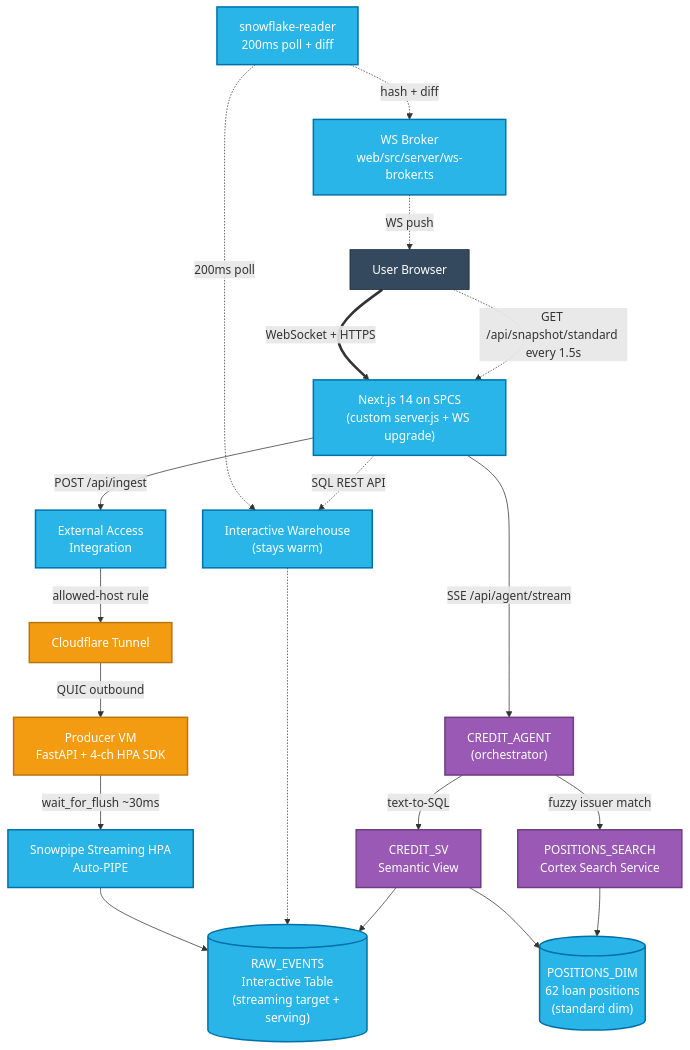
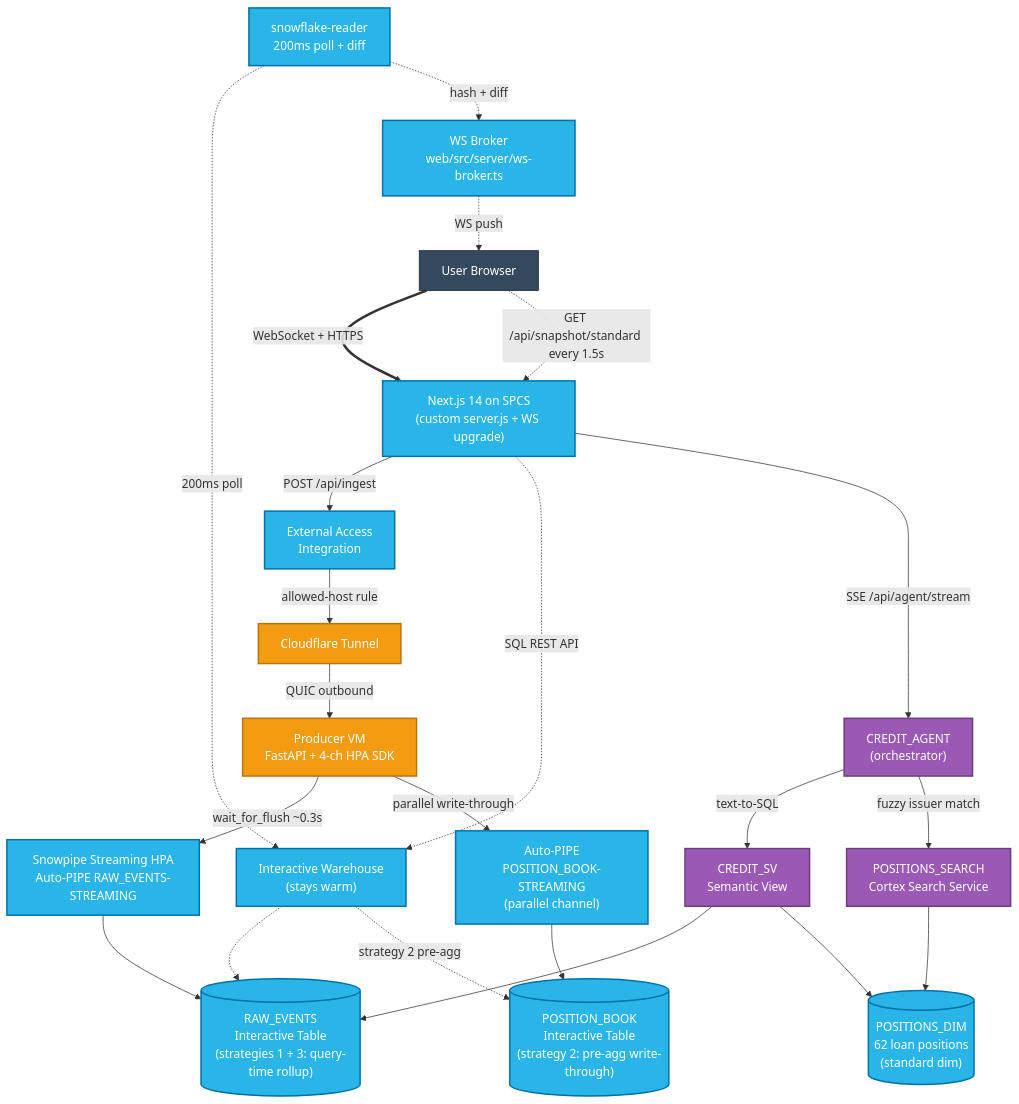
One commit to sfc-gh-jkang/sfguide-snowpipe-streaming-fast-react-dashboard changed the diagram in README.md. Above: the diagram before and after it, drawn with Mermaid. The commit also changed other lines of this file and 46 other files, not shown here.

````diff
--- a/README.md
+++ b/README.md
@@ -137,53 +162,58 @@
 ```mermaid
 flowchart TB
     Browser["User Browser"]
     UI["Next.js 14 on SPCS<br/>(custom server.js + WS upgrade)"]
     WSB["WS Broker<br/>web/src/server/ws-broker.ts"]
     READER["snowflake-reader<br/>200ms poll + diff"]
     EAI["External Access<br/>Integration"]
     CF["Cloudflare Tunnel"]
     VM["Producer VM<br/>FastAPI + 4-ch HPA SDK"]
-    PIPE["Snowpipe Streaming HPA<br/>Auto-PIPE"]
-    RAW[("RAW_EVENTS<br/>Interactive Table<br/>(streaming target + serving)")]
+    PIPE["Snowpipe Streaming HPA<br/>Auto-PIPE RAW_EVENTS-STREAMING"]
+    BPIPE["Auto-PIPE<br/>POSITION_BOOK-STREAMING<br/>(parallel channel)"]
+    RAW[("RAW_EVENTS<br/>Interactive Table<br/>(strategies 1 + 3: query-time rollup)")]
+    BOOK[("POSITION_BOOK<br/>Interactive Table<br/>(strategy 2: pre-agg write-through)")]
     POS[("POSITIONS_DIM<br/>62 loan positions<br/>(standard dim)")]
     INTWH["Interactive Warehouse<br/>(stays warm)"]
     AGENT["CREDIT_AGENT<br/>(orchestrator)"]
     SV["CREDIT_SV<br/>Semantic View"]
     SEARCH["POSITIONS_SEARCH<br/>Cortex Search Service"]
 
     Browser ==>|WebSocket + HTTPS| UI
 
     %% Click loop (optimistic + verified)
     UI -->|POST /api/ingest| EAI
     EAI -->|allowed-host rule| CF
     CF -->|QUIC outbound| VM
-    VM -->|wait_for_flush ~30ms| PIPE
+    VM -->|wait_for_flush ~0.3s| PIPE
     PIPE --> RAW
+    VM -->|parallel write-through| BPIPE
+    BPIPE --> BOOK
 
     %% Server-side reader → WS push (200ms diff)
     READER -.->|200ms poll| INTWH
     INTWH -.-> RAW
+    INTWH -.->|strategy 2 pre-agg| BOOK
     READER -.->|hash + diff| WSB
     WSB -.->|WS push| Browser
 
     %% Client-side snapshot fetch (1.5s truth source)
     Browser -.->|GET /api/snapshot/standard every 1.5s| UI
     UI -.->|SQL REST API| INTWH
 
     %% Cortex Agent path
     UI -->|SSE /api/agent/stream| AGENT
     AGENT -->|text-to-SQL| SV
     AGENT -->|fuzzy issuer match| SEARCH
     SV --> RAW
     SV --> POS
     SEARCH --> POS
 
     classDef snow fill:#29B5E8,stroke:#0070A8,color:#fff,stroke-width:2px
     classDef ext  fill:#F39C12,stroke:#B8740F,color:#fff,stroke-width:2px
     classDef ai   fill:#9B59B6,stroke:#6E3D81,color:#fff,stroke-width:2px
     classDef user fill:#34495E,stroke:#1A2530,color:#fff
-    class UI,WSB,READER,EAI,PIPE,RAW,POS,INTWH snow
+    class UI,WSB,READER,EAI,PIPE,BPIPE,RAW,BOOK,POS,INTWH snow
     class CF,VM ext
     class AGENT,SV,SEARCH ai
     class Browser user
 ```
````
